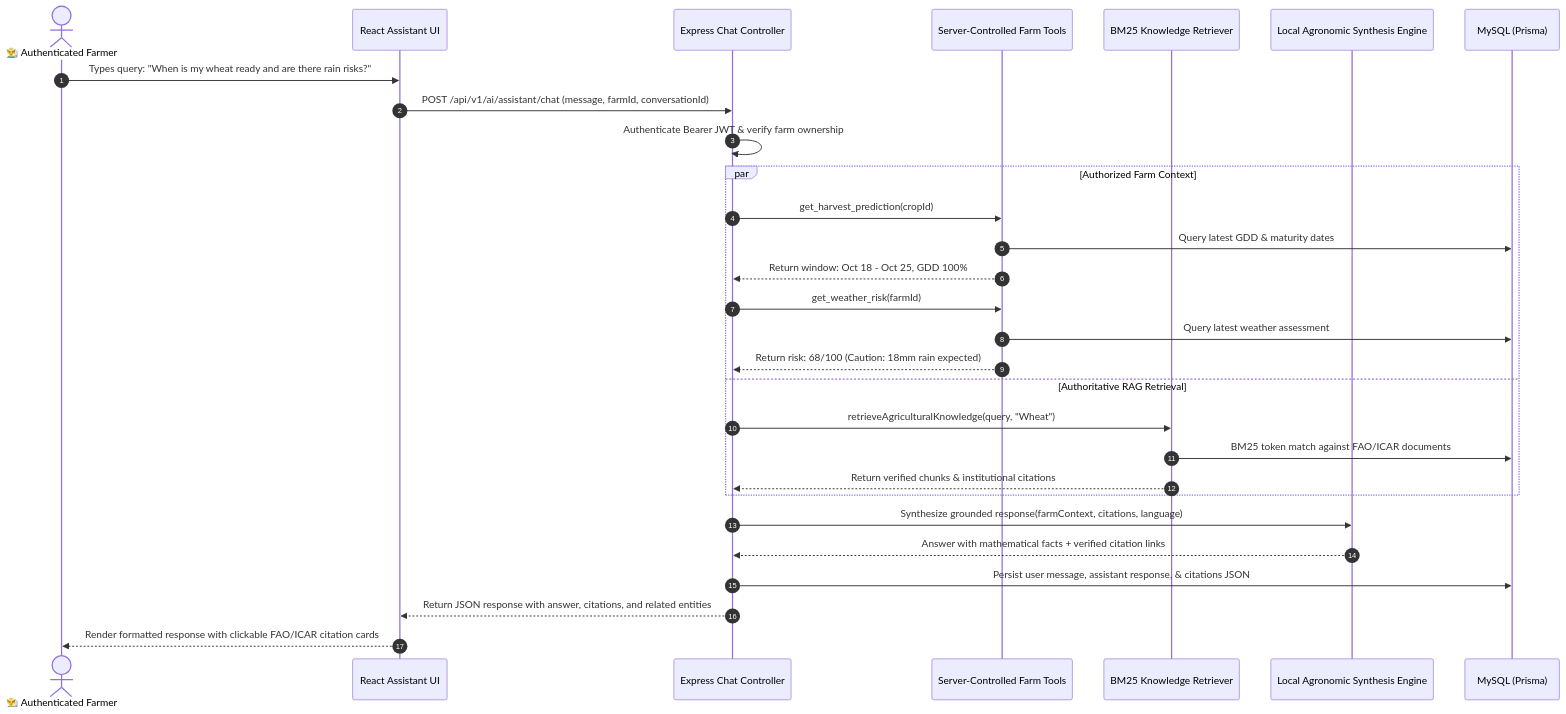
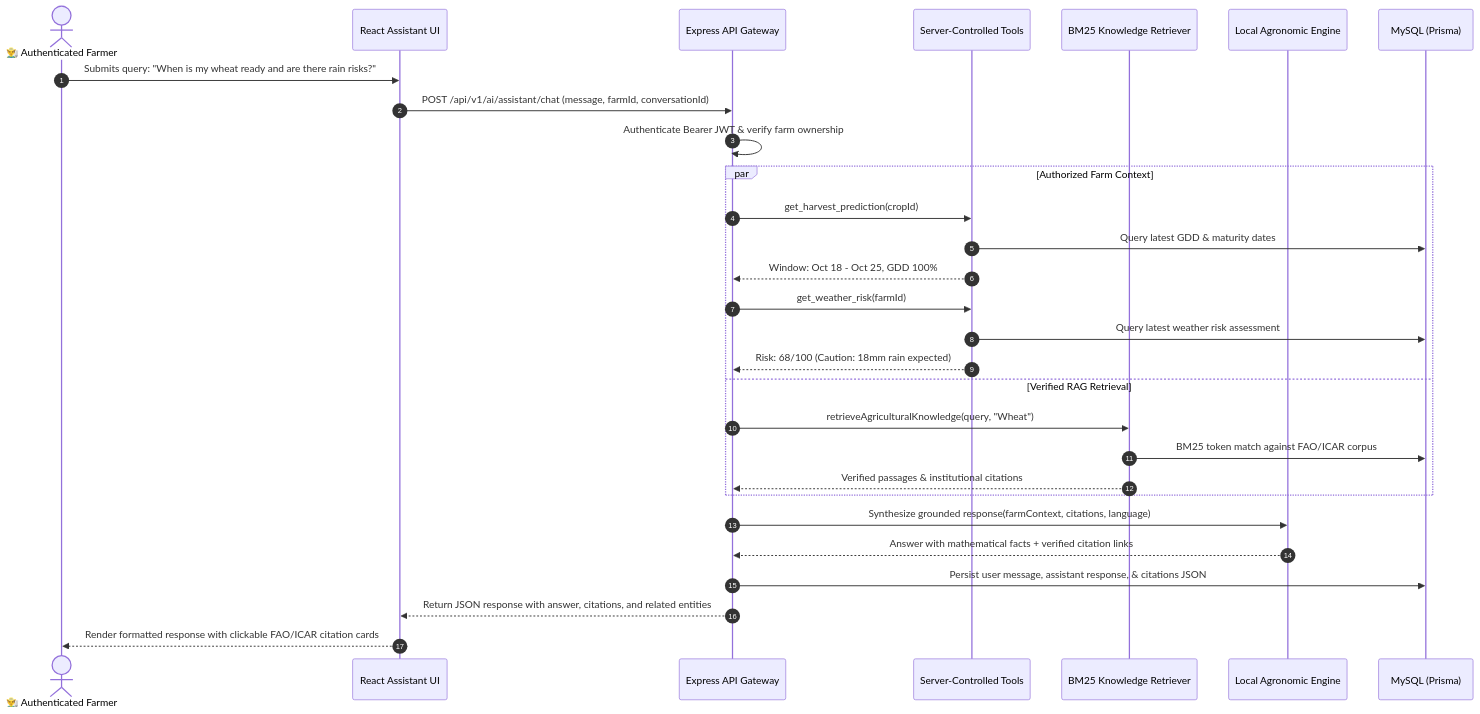
One commit to DhruvPathak767/HarvestWindow changed the second of 3 diagrams in README.md. Above: the diagram before and after it, drawn with Mermaid. The commit also changed other lines of this file and 1 other file, not shown here.

Commit message:
docs: finalize full-system enterprise README with vertical readable architecture, Python FastAPI ML pipeline, and fixed banner

````diff
--- a/README.md
+++ b/README.md
@@ -127,34 +143,34 @@
 ```mermaid
 sequenceDiagram
     autonumber
     actor Farmer as 👨‍🌾 Authenticated Farmer
     participant UI as React Assistant UI
-    participant Backend as Express Chat Controller
-    participant Tools as Server-Controlled Farm Tools
+    participant Backend as Express API Gateway
+    participant Tools as Server-Controlled Tools
     participant RAG as BM25 Knowledge Retriever
-    participant Synth as Local Agronomic Synthesis Engine
+    participant Synth as Local Agronomic Engine
     participant DB as MySQL (Prisma)
 
-    Farmer->>UI: Types query: "When is my wheat ready and are there rain risks?"
+    Farmer->>UI: Submits query: "When is my wheat ready and are there rain risks?"
     UI->>Backend: POST /api/v1/ai/assistant/chat (message, farmId, conversationId)
     Backend->>Backend: Authenticate Bearer JWT & verify farm ownership
     
     par Authorized Farm Context
         Backend->>Tools: get_harvest_prediction(cropId)
         Tools->>DB: Query latest GDD & maturity dates
-        Tools-->>Backend: Return window: Oct 18 - Oct 25, GDD 100%
+        Tools-->>Backend: Window: Oct 18 - Oct 25, GDD 100%
         Backend->>Tools: get_weather_risk(farmId)
-        Tools->>DB: Query latest weather assessment
-        Tools-->>Backend: Return risk: 68/100 (Caution: 18mm rain expected)
-    and Authoritative RAG Retrieval
+        Tools->>DB: Query latest weather risk assessment
+        Tools-->>Backend: Risk: 68/100 (Caution: 18mm rain expected)
+    and Verified RAG Retrieval
         Backend->>RAG: retrieveAgriculturalKnowledge(query, "Wheat")
-        RAG->>DB: BM25 token match against FAO/ICAR documents
-        RAG-->>Backend: Return verified chunks & institutional citations
+        RAG->>DB: BM25 token match against FAO/ICAR corpus
+        RAG-->>Backend: Verified passages & institutional citations
     end
 
     Backend->>Synth: Synthesize grounded response(farmContext, citations, language)
     Synth-->>Backend: Answer with mathematical facts + verified citation links
     Backend->>DB: Persist user message, assistant response, & citations JSON
     Backend-->>UI: Return JSON response with answer, citations, and related entities
     UI-->>Farmer: Render formatted response with clickable FAO/ICAR citation cards
 ```
````
